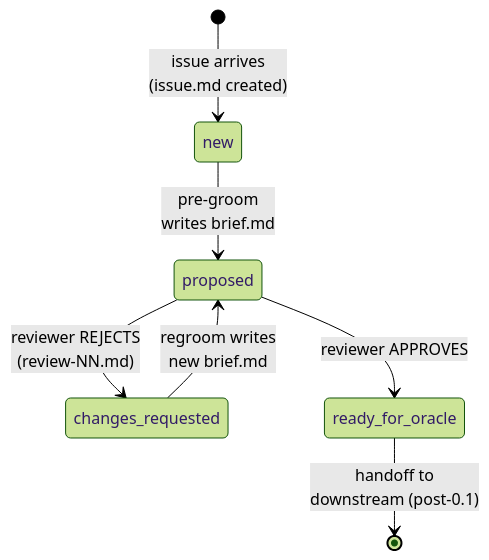
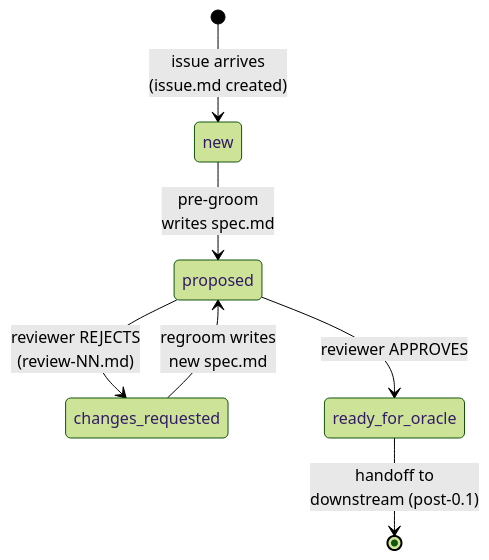
One commit to Calibrax-ai/autoship changed the second of 5 diagrams in docs/architecture/deliver-architecture.md. Above: the diagram before and after it, drawn with Mermaid (forest theme). The commit also changed other lines of this file and 18 other files, not shown here.

````diff
--- a/docs/architecture/deliver-architecture.md
+++ b/docs/architecture/deliver-architecture.md
@@ -118,9 +118,9 @@
 ```mermaid
 stateDiagram-v2
     [*] --> new: issue arrives<br/>(issue.md created)
-    new --> proposed: pre-groom<br/>writes brief.md
+    new --> proposed: pre-groom<br/>writes spec.md
     proposed --> changes_requested: reviewer REJECTS<br/>(review-NN.md)
-    changes_requested --> proposed: regroom writes<br/>new brief.md
+    changes_requested --> proposed: regroom writes<br/>new spec.md
     proposed --> ready_for_oracle: reviewer APPROVES
     ready_for_oracle --> [*]: handoff to<br/>downstream (post-0.1)
 ```
````
